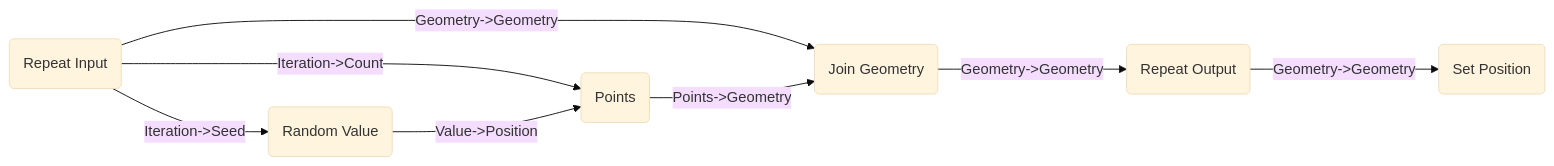
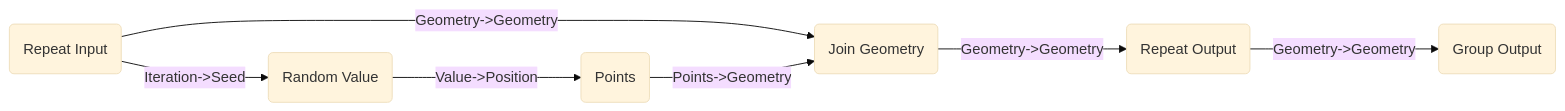
The sixth of 7 diagrams in introduction.llms.md (BradyAJohnston/nodebpy), drawn with Mermaid (base theme) before and after one commit. The commit also changed other lines of this file and 104 other files, not shown here.

````diff
--- a/introduction.llms.md
+++ b/introduction.llms.md
@@ -164,16 +163,15 @@
 ``` mermaid
 graph LR
     N0("Repeat Input"):::default-node
     N1("Repeat Output"):::default-node
-    N2("Join Geometry"):::geometry-node
-    N3("Set Position"):::geometry-node
-    N4("Random Value"):::converter-node
-    N5("Points"):::geometry-node
-    N2 -->|"Geometry->Geometry"| N1
-    N1 -->|"Geometry->Geometry"| N3
-    N0 -->|"Geometry->Geometry"| N2
-    N0 -->|"Iteration->Seed"| N4
-    N0 -->|"Iteration->Count"| N5
-    N4 -->|"Value->Position"| N5
-    N5 -->|"Points->Geometry"| N2
+    N2("Random Value"):::converter-node
+    N3("Points"):::geometry-node
+    N4("Join Geometry"):::geometry-node
+    N5("Group Output"):::default-node
+    N4 -->|"Geometry->Geometry"| N1
+    N0 -->|"Iteration->Seed"| N2
+    N2 -->|"Value->Position"| N3
+    N0 -->|"Geometry->Geometry"| N4
+    N3 -->|"Points->Geometry"| N4
+    N1 -->|"Geometry->Geometry"| N5
 ```
````
